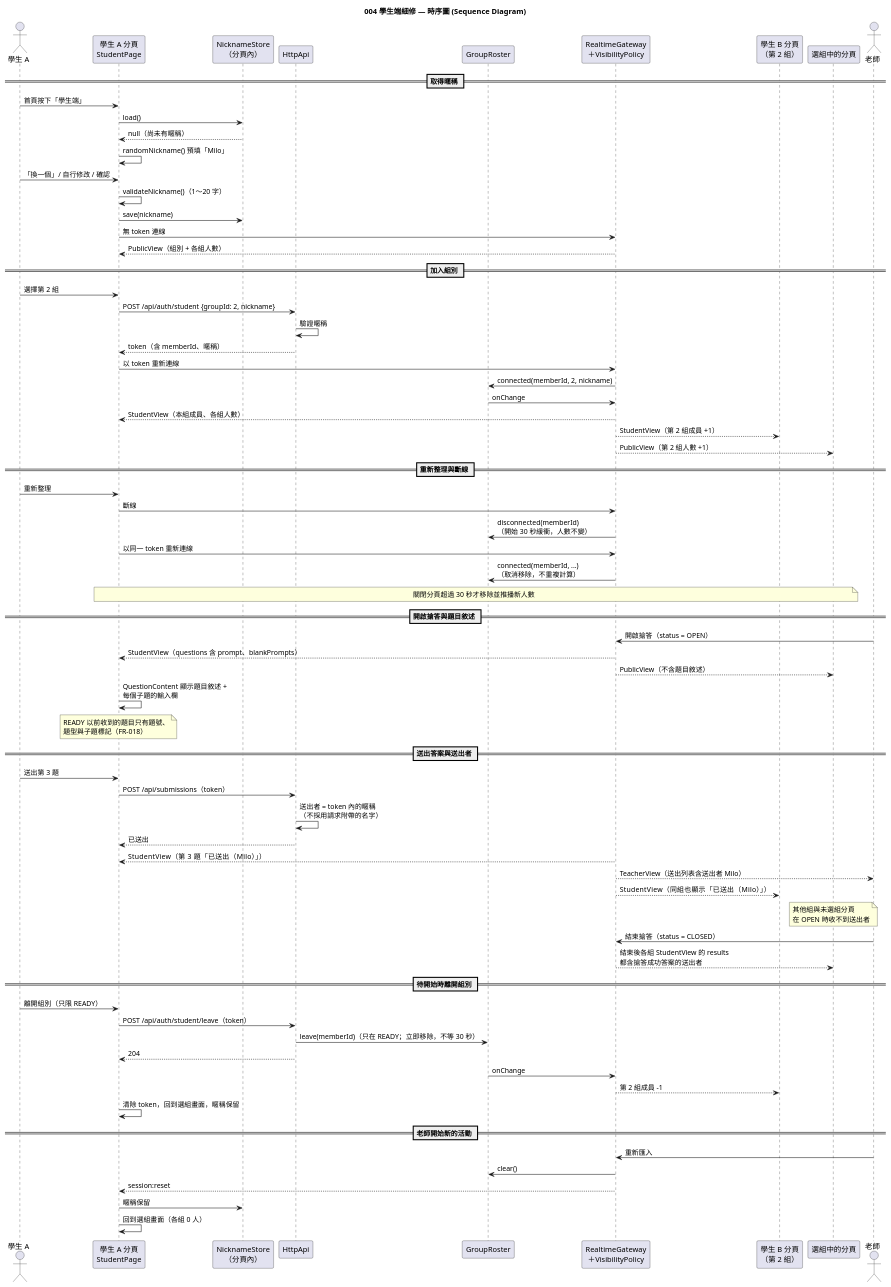
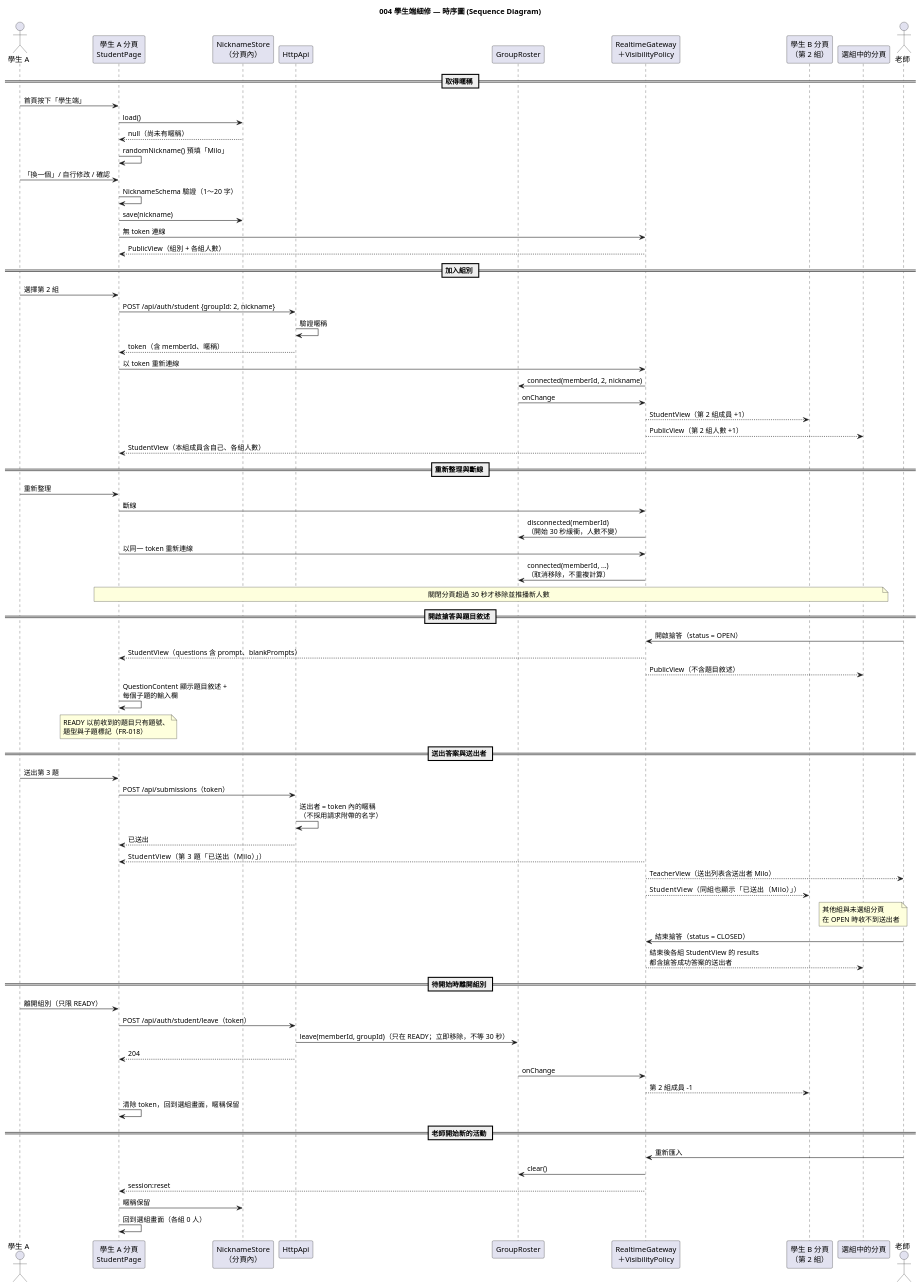
The diagram in diagrams/004-student-side-refinements-sequence.puml (kevin20694569/classroom_response_system), drawn with PlantUML before and after one commit. The commit also changed 12 other files, not shown here.

First line of the commit message:
docs(004): verify diagrams, add manual checklist, fix restart version

```diff
--- a/diagrams/004-student-side-refinements-sequence.puml
+++ b/diagrams/004-student-side-refinements-sequence.puml
@@ -1,81 +1,81 @@
 @startuml 004-student-side-refinements-sequence
 ' 子功能 004：學生端細修 — 時序圖
 skinparam defaultFontName "PingFang TC"
 title 004 學生端細修 — 時序圖 (Sequence Diagram)
 
 actor "學生 A" as A
 participant "學生 A 分頁\nStudentPage" as PageA
 participant "NicknameStore\n（分頁內）" as Store
 participant "HttpApi" as Http
 participant "GroupRoster" as Roster
 participant "RealtimeGateway\n＋VisibilityPolicy" as RT
 participant "學生 B 分頁\n（第 2 組）" as PageB
 participant "選組中的分頁" as PageC
 actor "老師" as T
 
 == 取得暱稱 ==
 A -> PageA : 首頁按下「學生端」
 PageA -> Store : load()
 Store --> PageA : null（尚未有暱稱）
 PageA -> PageA : randomNickname() 預填「Milo」
 A -> PageA : 「換一個」/ 自行修改 / 確認
-PageA -> PageA : validateNickname()（1～20 字）
+PageA -> PageA : NicknameSchema 驗證（1～20 字）
 PageA -> Store : save(nickname)
 PageA -> RT : 無 token 連線
 RT --> PageA : PublicView（組別 + 各組人數）
 
 == 加入組別 ==
 A -> PageA : 選擇第 2 組
 PageA -> Http : POST /api/auth/student {groupId: 2, nickname}
 Http -> Http : 驗證暱稱
 Http --> PageA : token（含 memberId、暱稱）
 PageA -> RT : 以 token 重新連線
 RT -> Roster : connected(memberId, 2, nickname)
 Roster -> RT : onChange
-RT --> PageA : StudentView（本組成員、各組人數）
 RT --> PageB : StudentView（第 2 組成員 +1）
 RT --> PageC : PublicView（第 2 組人數 +1）
+RT --> PageA : StudentView（本組成員含自己、各組人數）
 
 == 重新整理與斷線 ==
 A -> PageA : 重新整理
 PageA -> RT : 斷線
 RT -> Roster : disconnected(memberId)\n（開始 30 秒緩衝，人數不變）
 PageA -> RT : 以同一 token 重新連線
 RT -> Roster : connected(memberId, ...)\n（取消移除，不重複計算）
 note over PageA, PageC : 關閉分頁超過 30 秒才移除並推播新人數
 
 == 開啟搶答與題目敘述 ==
 T -> RT : 開啟搶答（status = OPEN）
 RT --> PageA : StudentView（questions 含 prompt、blankPrompts）
 RT --> PageC : PublicView（不含題目敘述）
 PageA -> PageA : QuestionContent 顯示題目敘述 +\n每個子題的輸入欄
 note over PageA : READY 以前收到的題目只有題號、\n題型與子題標記（FR-018）
 
 == 送出答案與送出者 ==
 A -> PageA : 送出第 3 題
 PageA -> Http : POST /api/submissions（token）
 Http -> Http : 送出者 = token 內的暱稱\n（不採用請求附帶的名字）
 Http --> PageA : 已送出
 RT --> PageA : StudentView（第 3 題「已送出（Milo）」）
 RT --> T : TeacherView（送出列表含送出者 Milo）
 RT --> PageB : StudentView（同組也顯示「已送出（Milo）」）
 note over PageC : 其他組與未選組分頁\n在 OPEN 時收不到送出者
 T -> RT : 結束搶答（status = CLOSED）
 RT --> PageC : 結束後各組 StudentView 的 results\n都含搶答成功答案的送出者
 
 == 待開始時離開組別 ==
 A -> PageA : 離開組別（只限 READY）
 PageA -> Http : POST /api/auth/student/leave（token）
-Http -> Roster : leave(memberId)（只在 READY；立即移除，不等 30 秒）
+Http -> Roster : leave(memberId, groupId)（只在 READY；立即移除，不等 30 秒）
 Http --> PageA : 204
 Roster -> RT : onChange
 RT --> PageB : 第 2 組成員 -1
 PageA -> PageA : 清除 token，回到選組畫面，暱稱保留
 
 == 老師開始新的活動 ==
 T -> RT : 重新匯入
 RT -> Roster : clear()
 RT --> PageA : session:reset
 PageA -> Store : 暱稱保留
 PageA -> PageA : 回到選組畫面（各組 0 人）
 @enduml
```
